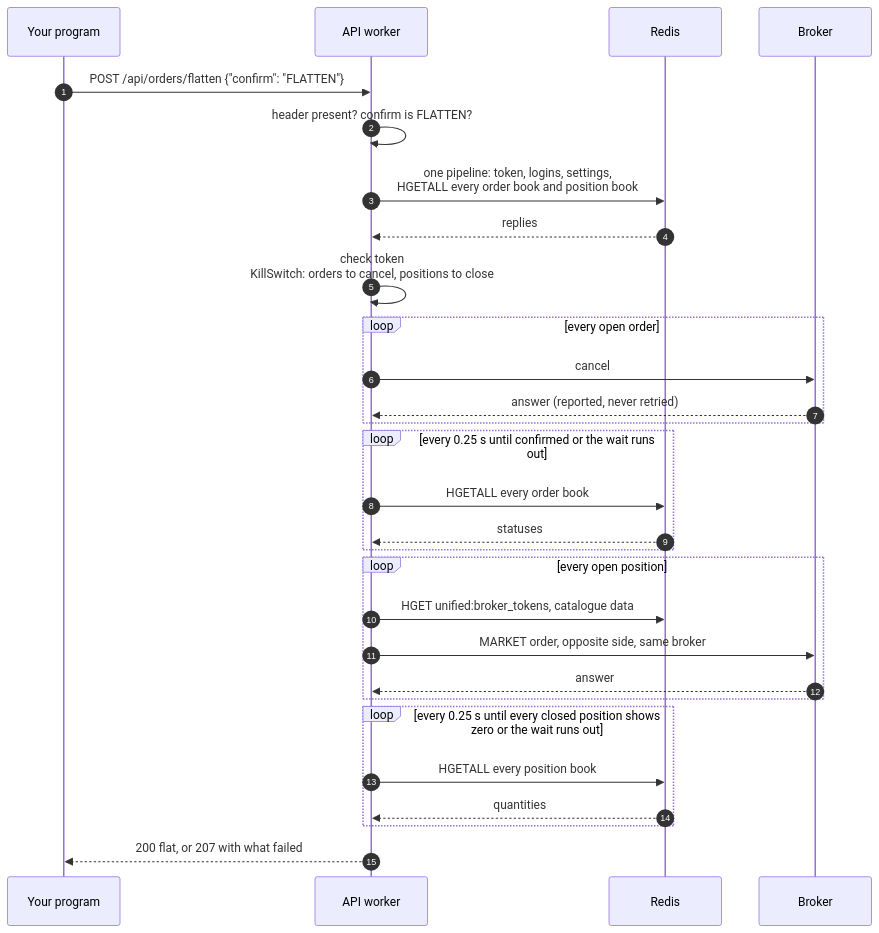
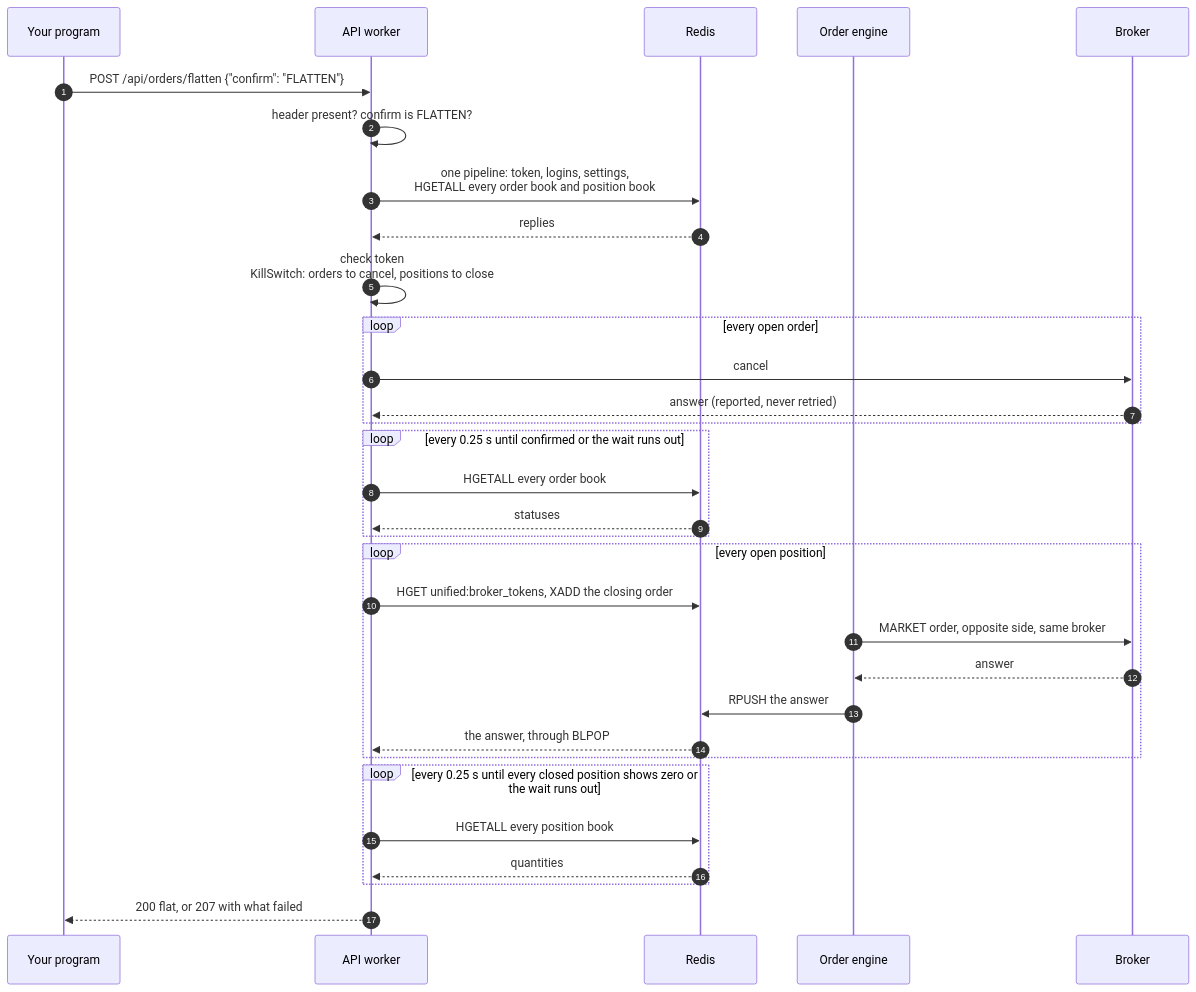
One commit to pramodathani/unified_broker_interface changed the diagram in docs/rest-api/flatten.md. Above: the diagram before and after it, drawn with Mermaid. The commit also changed other lines of this file and 33 other files, not shown here.

````diff
--- a/docs/rest-api/flatten.md
+++ b/docs/rest-api/flatten.md
@@ -278,31 +278,34 @@
 ```mermaid
 sequenceDiagram
     autonumber
     participant C as Your program
     participant A as API worker
     participant R as Redis
+    participant E as Order engine
     participant B as Broker
     C->>A: POST /api/orders/flatten {"confirm": "FLATTEN"}
     A->>A: header present? confirm is FLATTEN?
     A->>R: one pipeline: token, logins, settings,<br/>HGETALL every order book and position book
     R-->>A: replies
     A->>A: check token<br/>KillSwitch: orders to cancel, positions to close
     loop every open order
         A->>B: cancel
         B-->>A: answer (reported, never retried)
     end
     loop every 0.25 s until confirmed or the wait runs out
         A->>R: HGETALL every order book
         R-->>A: statuses
     end
     loop every open position
-        A->>R: HGET unified:broker_tokens, catalogue data
-        A->>B: MARKET order, opposite side, same broker
-        B-->>A: answer
+        A->>R: HGET unified:broker_tokens, XADD the closing order
+        E->>B: MARKET order, opposite side, same broker
+        B-->>E: answer
+        E->>R: RPUSH the answer
+        R-->>A: the answer, through BLPOP
     end
     loop every 0.25 s until every closed position shows zero or the wait runs out
         A->>R: HGETALL every position book
         R-->>A: quantities
     end
     A-->>C: 200 flat, or 207 with what failed
 ```
````
